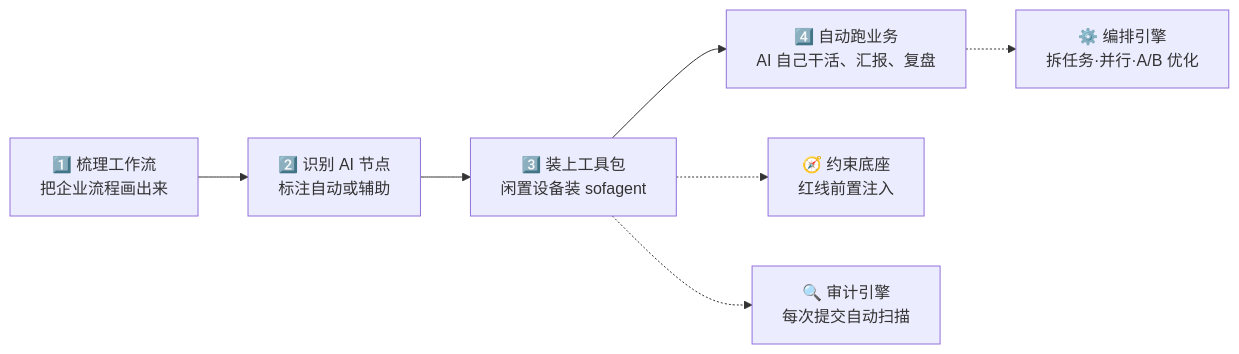
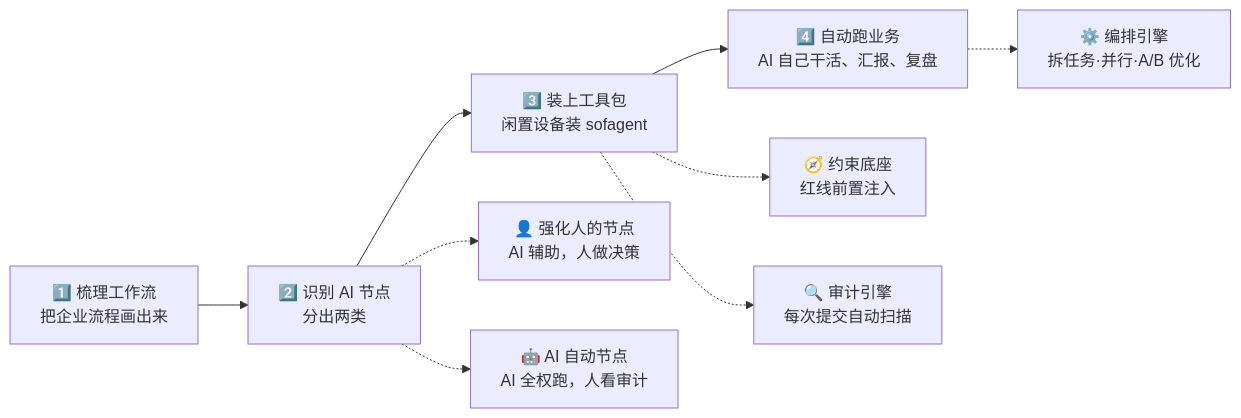
One commit to KongFangXun/sofagent changed the first of 2 diagrams in README.md. Above: the diagram before and after it, drawn with Mermaid. The commit also changed other lines of this file and 3 other files, not shown here.

````diff
--- a/README.md
+++ b/README.md
@@ -60,10 +60,13 @@
 ```mermaid
 graph LR
-    A["1️⃣ 梳理工作流<br/>把企业流程画出来"] --> B["2️⃣ 识别 AI 节点<br/>标注自动或辅助"]
+    A["1️⃣ 梳理工作流<br/>把企业流程画出来"] --> B["2️⃣ 识别 AI 节点<br/>分出两类"]
     B --> C["3️⃣ 装上工具包<br/>闲置设备装 sofagent"]
     C --> D["4️⃣ 自动跑业务<br/>AI 自己干活、汇报、复盘"]
+
+    B -.-> H["👤 强化人的节点<br/>AI 辅助，人做决策"]
+    B -.-> I["🤖 AI 自动节点<br/>AI 全权跑，人看审计"]
 
     C -.-> E["🧭 约束底座<br/>红线前置注入"]
     C -.-> F["🔍 审计引擎<br/>每次提交自动扫描"]
     D -.-> G["⚙️ 编排引擎<br/>拆任务·并行·A/B 优化"]
 ```
````
